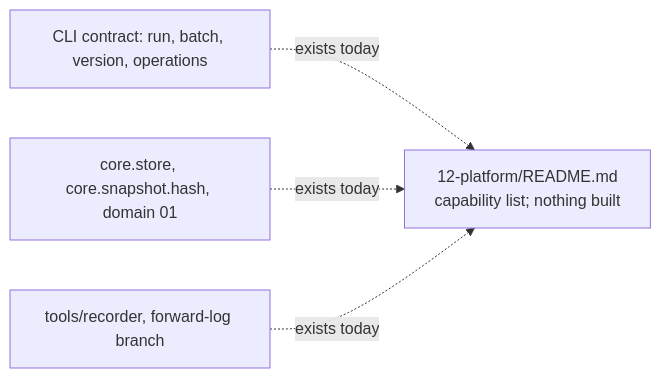
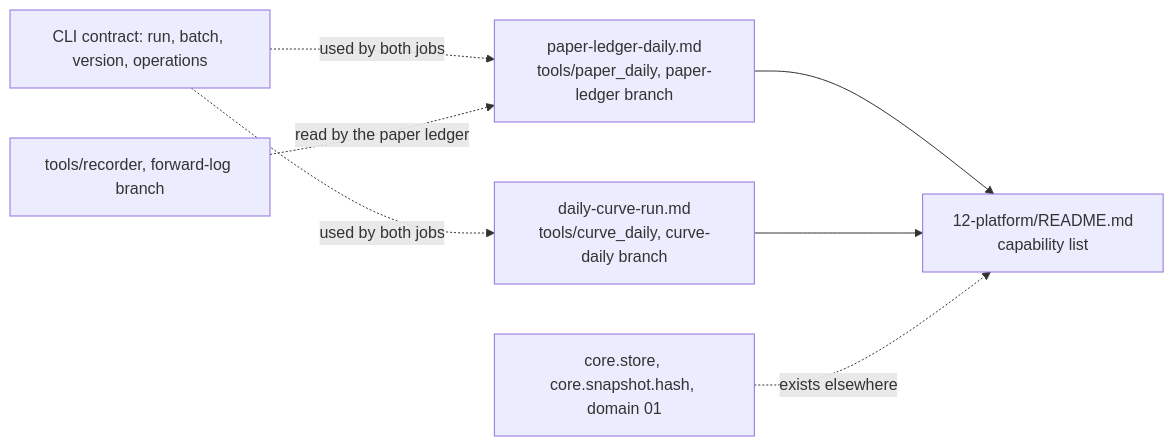
Before and after one commit to AshJha0/quantforge: diagram 57 of 57 in docs/diagrams/README.md, drawn with Mermaid. The commit also changed other lines of this file and 1 other file, not shown here.

Commit message:
ARCHITECTURE: stage K round 1 section (platform pieces, daily jobs, conformance and error order, simulated and placeholder table); three stage K diagrams; domain 12 diagram brought up to date

````diff
--- a/docs/diagrams/README.md
+++ b/docs/diagrams/README.md
@@ -951,9 +1019,11 @@
 ```mermaid
 flowchart LR
-  accTitle: Domain 12 platform, capability list only
-  accDescr: Domain 12 has no operations and no built components. Its spec is a capability list. The pieces that exist today sit elsewhere: the CLI contract, the as-of store and snapshot hash in domain 01, and the recorder and forward log in tools.
-  CAP["12-platform/README.md<br/>capability list; nothing built"]
-  CLI["CLI contract: run, batch, version, operations"] -.->|exists today| CAP
-  STO["core.store, core.snapshot.hash, domain 01"] -.->|exists today| CAP
-  REC["tools/recorder, forward-log branch"] -.->|exists today| CAP
+  accTitle: Domain 12 platform, two daily jobs and no operations
+  accDescr: Domain 12 has no CLI operations. Its two specs from stage K round 1, the daily paper ledger and the daily curve run, are jobs in tools that send cases to the Python CLI and write hash-chained rows to their own branches, stamped with OpenTimestamps. The rest of the domain's capability list is not built. Pieces it builds on sit elsewhere: the CLI contract, the as-of store and snapshot hash in domain 01, and the recorder and forward log in tools.
+  CAP["12-platform/README.md<br/>capability list"]
+  PL["paper-ledger-daily.md<br/>tools/paper_daily, paper-ledger branch"] --> CAP
+  CR["daily-curve-run.md<br/>tools/curve_daily, curve-daily branch"] --> CAP
+  CLI["CLI contract: run, batch, version, operations"] -.->|"used by both jobs"| PL & CR
+  REC["tools/recorder, forward-log branch"] -.->|"read by the paper ledger"| PL
+  STO["core.store, core.snapshot.hash, domain 01"] -.->|"exists elsewhere"| CAP
 ```
````
